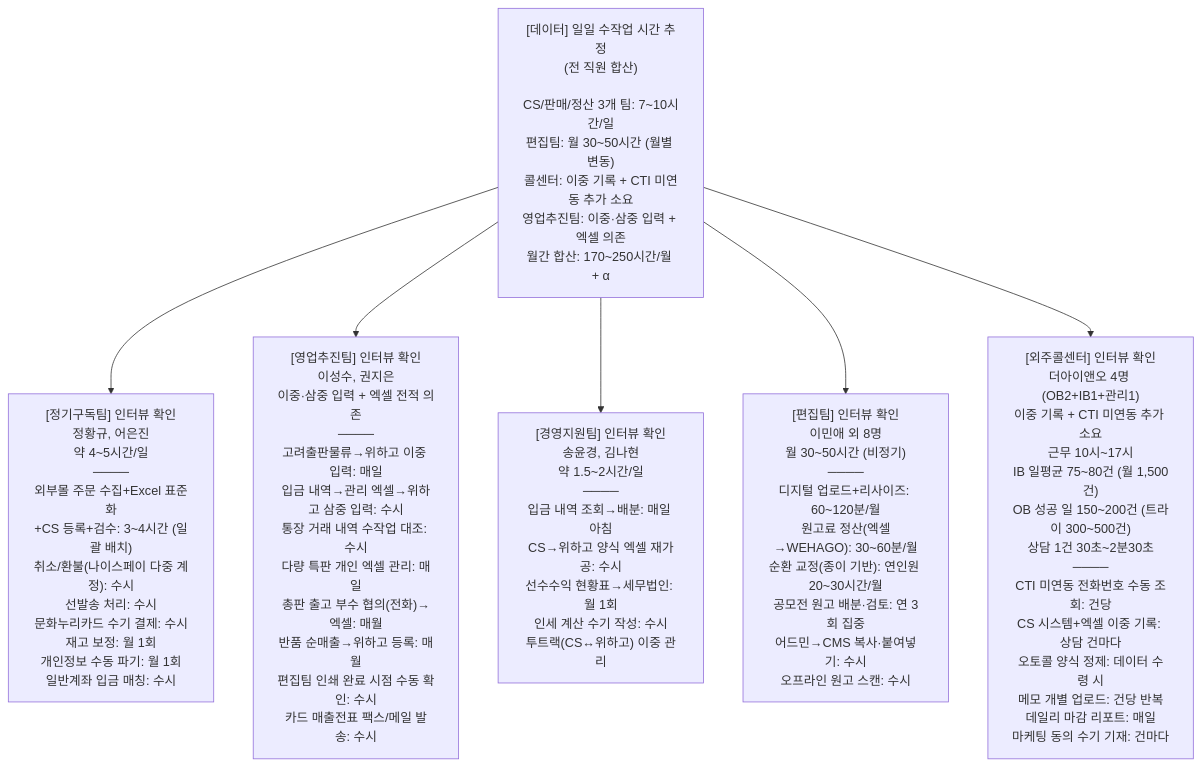
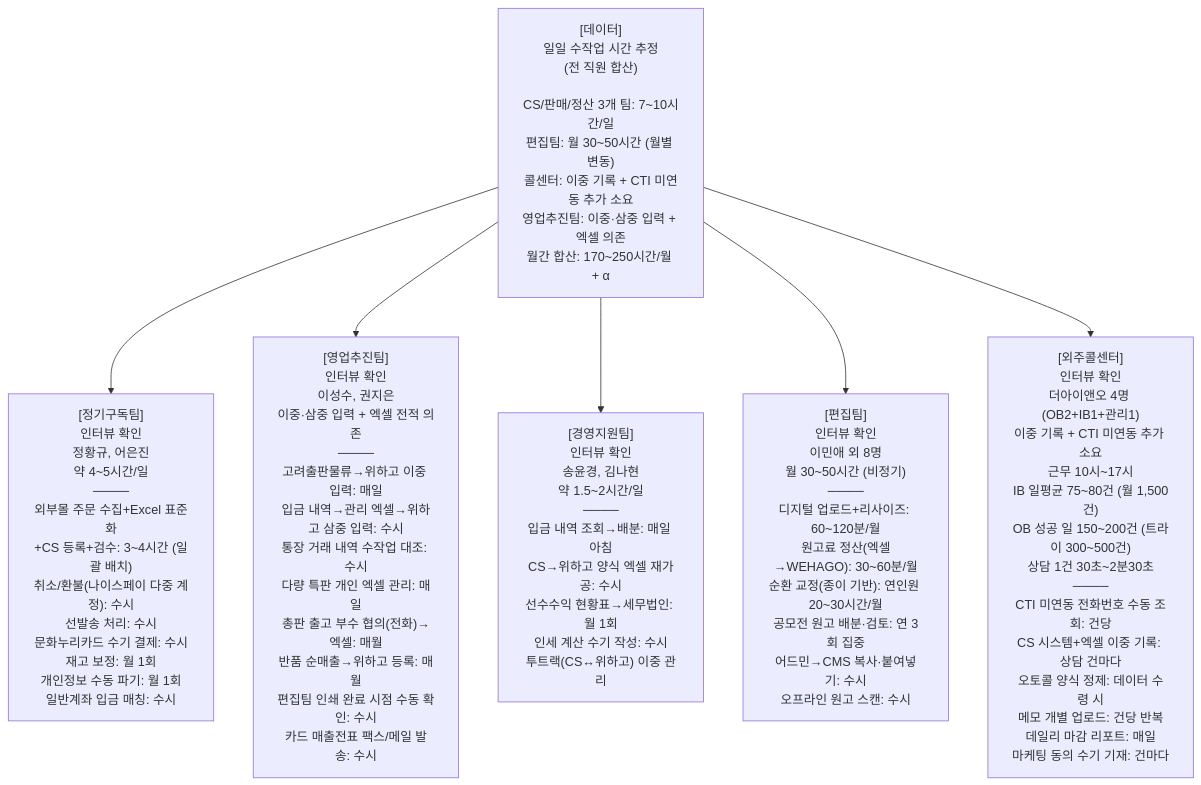
The ninth of 10 diagrams in src/content/docs/goodthinking-isp/02-analysis/business-analysis.md (sknkwoxs/manual-book), drawn with Mermaid before and after one commit. The commit also changed other lines of this file and 8 other files, not shown here.

Commit message:
docs(goodthinking-isp): 경영지원팀 Mermaid 인터뷰 반영, 용어사전 확충, 오타·렌더링 수정

````diff
--- a/src/content/docs/goodthinking-isp/02-analysis/business-analysis.md
+++ b/src/content/docs/goodthinking-isp/02-analysis/business-analysis.md
@@ -339,20 +339,20 @@
 ```mermaid
 graph TD
-    root["[데이터] 일일 수작업 시간 추정<br/>(전 직원 합산)<br/><br/>CS/판매/정산 3개 팀: 7~10시간/일<br/>편집팀: 월 30~50시간 (월별 변동)<br/>콜센터: 이중 기록 + CTI 미연동 추가 소요<br/>영업추진팀: 이중·삼중 입력 + 엑셀 의존<br/>월간 합산: 170~250시간/월 + α"]
+    root["[데이터]<br>일일 수작업 시간 추정<br/>(전 직원 합산)<br/><br/>CS/판매/정산 3개 팀: 7~10시간/일<br/>편집팀: 월 30~50시간 (월별 변동)<br/>콜센터: 이중 기록 + CTI 미연동 추가 소요<br/>영업추진팀: 이중·삼중 입력 + 엑셀 의존<br/>월간 합산: 170~250시간/월 + α"]
     
-    team1["[정기구독팀] 인터뷰 확인<br/>정황규, 어은진<br/>약 4~5시간/일<br/>────<br/>외부몰 주문 수집+Excel 표준화<br/>+CS 등록+검수: 3~4시간 (일괄 배치)<br/>취소/환불(나이스페이 다중 계정): 수시<br/>선발송 처리: 수시<br/>문화누리카드 수기 결제: 수시<br/>재고 보정: 월 1회<br/>개인정보 수동 파기: 월 1회<br/>일반계좌 입금 매칭: 수시"]
+    team1["[정기구독팀]<br>인터뷰 확인<br/>정황규, 어은진<br/>약 4~5시간/일<br/>────<br/>외부몰 주문 수집+Excel 표준화<br/>+CS 등록+검수: 3~4시간 (일괄 배치)<br/>취소/환불(나이스페이 다중 계정): 수시<br/>선발송 처리: 수시<br/>문화누리카드 수기 결제: 수시<br/>재고 보정: 월 1회<br/>개인정보 수동 파기: 월 1회<br/>일반계좌 입금 매칭: 수시"]
     
-    team2["[영업추진팀] 인터뷰 확인<br/>이성수, 권지은<br/>이중·삼중 입력 + 엑셀 전적 의존<br/>────<br/>고려출판물류→위하고 이중 입력: 매일<br/>입금 내역→관리 엑셀→위하고 삼중 입력: 수시<br/>통장 거래 내역 수작업 대조: 수시<br/>다량 특판 개인 엑셀 관리: 매일<br/>총판 출고 부수 협의(전화)→엑셀: 매월<br/>반품 순매출→위하고 등록: 매월<br/>편집팀 인쇄 완료 시점 수동 확인: 수시<br/>카드 매출전표 팩스/메일 발송: 수시"]
+    team2["[영업추진팀]<br>인터뷰 확인<br/>이성수, 권지은<br/>이중·삼중 입력 + 엑셀 전적 의존<br/>────<br/>고려출판물류→위하고 이중 입력: 매일<br/>입금 내역→관리 엑셀→위하고 삼중 입력: 수시<br/>통장 거래 내역 수작업 대조: 수시<br/>다량 특판 개인 엑셀 관리: 매일<br/>총판 출고 부수 협의(전화)→엑셀: 매월<br/>반품 순매출→위하고 등록: 매월<br/>편집팀 인쇄 완료 시점 수동 확인: 수시<br/>카드 매출전표 팩스/메일 발송: 수시"]
     
-    team3["[경영지원팀] 인터뷰 확인<br/>송윤경, 김나현<br/>약 1.5~2시간/일<br/>────<br/>입금 내역 조회→배분: 매일 아침<br/>CS→위하고 양식 엑셀 재가공: 수시<br/>선수수익 현황표→세무법인: 월 1회<br/>인세 계산 수기 작성: 수시<br/>투트랙(CS↔위하고) 이중 관리"]
+    team3["[경영지원팀]<br>인터뷰 확인<br/>송윤경, 김나현<br/>약 1.5~2시간/일<br/>────<br/>입금 내역 조회→배분: 매일 아침<br/>CS→위하고 양식 엑셀 재가공: 수시<br/>선수수익 현황표→세무법인: 월 1회<br/>인세 계산 수기 작성: 수시<br/>투트랙(CS↔위하고) 이중 관리"]
     
-    team4["[편집팀] 인터뷰 확인<br/>이민애 외 8명<br/>월 30~50시간 (비정기)<br/>────<br/>디지털 업로드+리사이즈: 60~120분/월<br/>원고료 정산(엑셀→WEHAGO): 30~60분/월<br/>순환 교정(종이 기반): 연인원 20~30시간/월<br/>공모전 원고 배분·검토: 연 3회 집중<br/>어드민→CMS 복사·붙여넣기: 수시<br/>오프라인 원고 스캔: 수시"]
+    team4["[편집팀]<br>인터뷰 확인<br/>이민애 외 8명<br/>월 30~50시간 (비정기)<br/>────<br/>디지털 업로드+리사이즈: 60~120분/월<br/>원고료 정산(엑셀→WEHAGO): 30~60분/월<br/>순환 교정(종이 기반): 연인원 20~30시간/월<br/>공모전 원고 배분·검토: 연 3회 집중<br/>어드민→CMS 복사·붙여넣기: 수시<br/>오프라인 원고 스캔: 수시"]
     
-    team5["[외주콜센터] 인터뷰 확인<br/>더아이앤오 4명 (OB2+IB1+관리1)<br/>이중 기록 + CTI 미연동 추가 소요<br/>근무 10시~17시<br/>IB 일평균 75~80건 (월 1,500건)<br/>OB 성공 일 150~200건 (트라이 300~500건)<br/>상담 1건 30초~2분30초<br/>────<br/>CTI 미연동 전화번호 수동 조회: 건당<br/>CS 시스템+엑셀 이중 기록: 상담 건마다<br/>오토콜 양식 정제: 데이터 수령 시<br/>메모 개별 업로드: 건당 반복<br/>데일리 마감 리포트: 매일<br/>마케팅 동의 수기 기재: 건마다"]
+    team5["[외주콜센터]<br>인터뷰 확인<br/>더아이앤오 4명 (OB2+IB1+관리1)<br/>이중 기록 + CTI 미연동 추가 소요<br/>근무 10시~17시<br/>IB 일평균 75~80건 (월 1,500건)<br/>OB 성공 일 150~200건 (트라이 300~500건)<br/>상담 1건 30초~2분30초<br/>────<br/>CTI 미연동 전화번호 수동 조회: 건당<br/>CS 시스템+엑셀 이중 기록: 상담 건마다<br/>오토콜 양식 정제: 데이터 수령 시<br/>메모 개별 업로드: 건당 반복<br/>데일리 마감 리포트: 매일<br/>마케팅 동의 수기 기재: 건마다"]
     
     root --> team1
     root --> team2
     root --> team3
     root --> team4
     root --> team5
 ```
````
